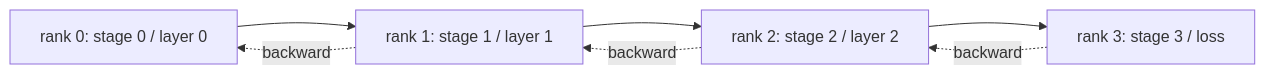
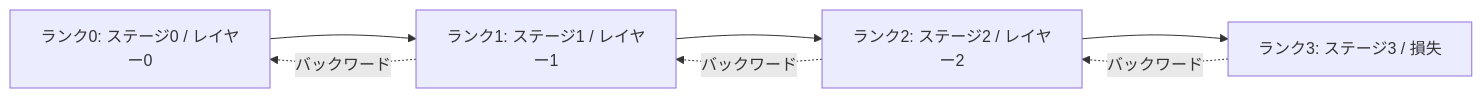
The diagram in content/phases/19-capstone-projects/79-pipeline-parallel/lesson.ja.md (shoshoshomen/synapse-academy), drawn with Mermaid before and after one commit. The commit also changed 124 other files, not shown here.

First line of the commit message:
feat(i18n): mermaid図のラベルを日本語化(194レッスン/374図)

````diff
--- a/content/phases/19-capstone-projects/79-pipeline-parallel/lesson.ja.md
+++ b/content/phases/19-capstone-projects/79-pipeline-parallel/lesson.ja.md
@@ -21,9 +21,9 @@
 ```mermaid
 flowchart LR
-  R0[rank 0: stage 0 / layer 0] --> R1[rank 1: stage 1 / layer 1]
-  R1 --> R2[rank 2: stage 2 / layer 2]
-  R2 --> R3[rank 3: stage 3 / loss]
-  R3 -.backward.-> R2
-  R2 -.backward.-> R1
-  R1 -.backward.-> R0
+  R0["ランク0: ステージ0 / レイヤー0"] --> R1["ランク1: ステージ1 / レイヤー1"]
+  R1 --> R2["ランク2: ステージ2 / レイヤー2"]
+  R2 --> R3["ランク3: ステージ3 / 損失"]
+  R3 -."バックワード".-> R2
+  R2 -."バックワード".-> R1
+  R1 -."バックワード".-> R0
 ```
````
